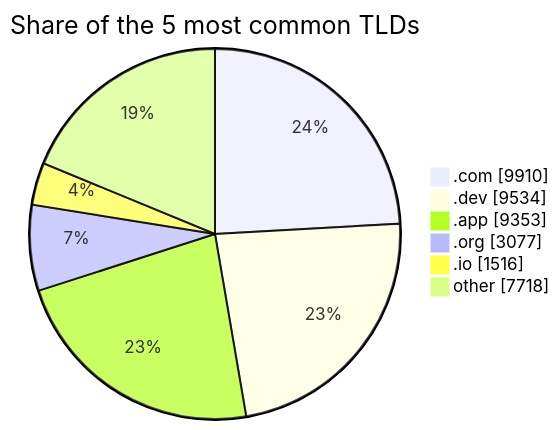
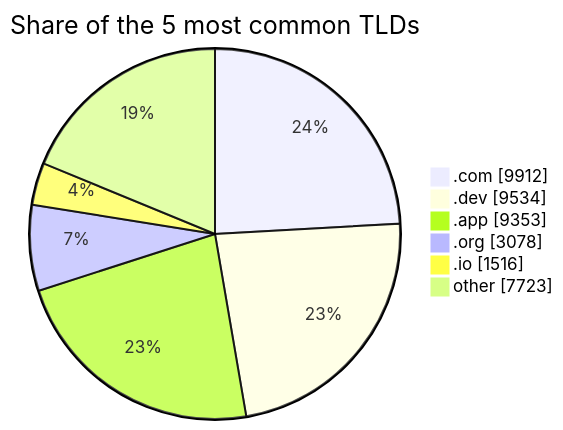
The third of 3 diagrams in README.md (DNSBunker/CTI), drawn with Mermaid before and after one commit. The commit also changed other lines of this file and 3 other files, not shown here.

````diff
--- a/README.md
+++ b/README.md
@@ -81,9 +81,9 @@
 ```mermaid
 pie showData title Share of the 5 most common TLDs
-    ".com" : 9910
+    ".com" : 9912
     ".dev" : 9534
     ".app" : 9353
-    ".org" : 3077
+    ".org" : 3078
     ".io" : 1516
-    "other" : 7718
+    "other" : 7723
 ```
````
